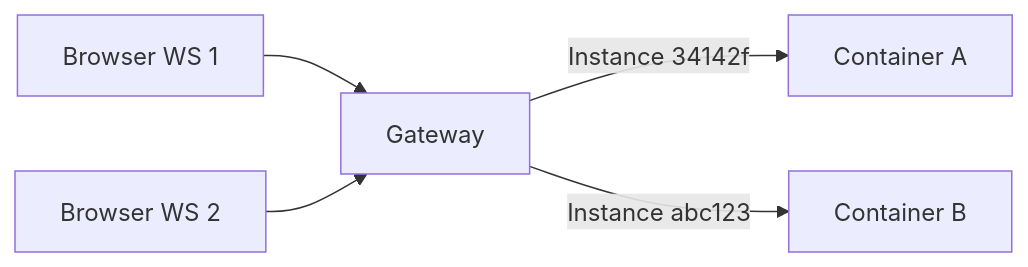
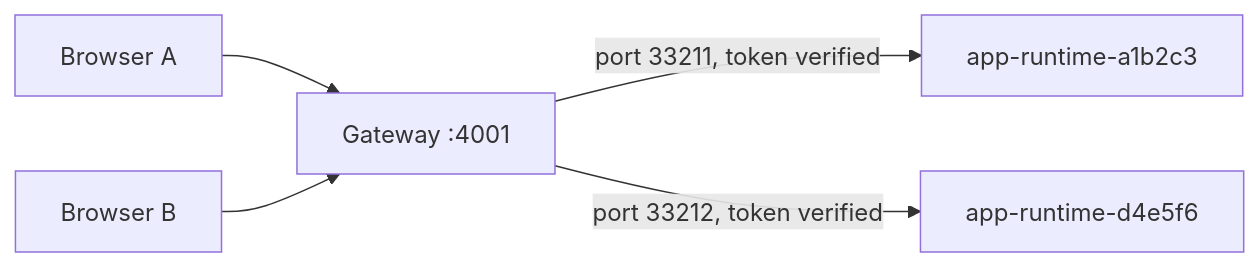
The ninth of 12 diagrams in docs/architecture.md (Rahulwagh07/orbit), drawn with Mermaid before and after one commit. The commit also changed other lines of this file, not shown here.

Commit message:
docs(architecture): rewrite architecture doc to match current codebase and fix mermaid diagrams

````diff
--- a/docs/architecture.md
+++ b/docs/architecture.md
@@ -152,7 +276,7 @@
 ```mermaid
 graph LR
-    WS1[Browser WS 1] --> GW[Gateway]
-    WS2[Browser WS 2] --> GW
-    GW -->|Instance 34142f| C1[Container A]
-    GW -->|Instance abc123| C2[Container B]
+    B1["Browser A"] --> GW["Gateway :4001"]
+    B2["Browser B"] --> GW
+    GW -->|"port 33211, token verified"| C1["app-runtime-a1b2c3"]
+    GW -->|"port 33212, token verified"| C2["app-runtime-d4e5f6"]
 ```
````
